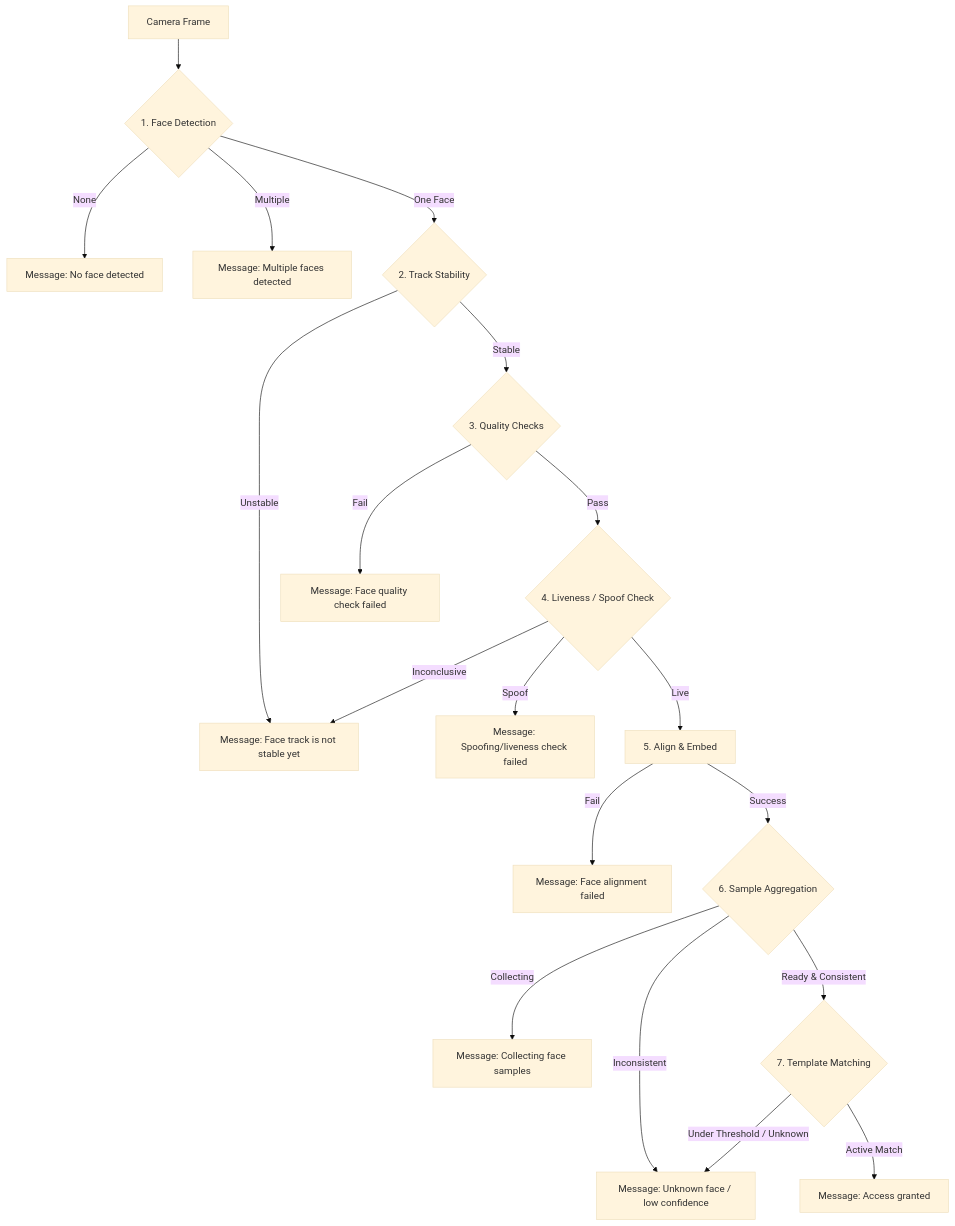
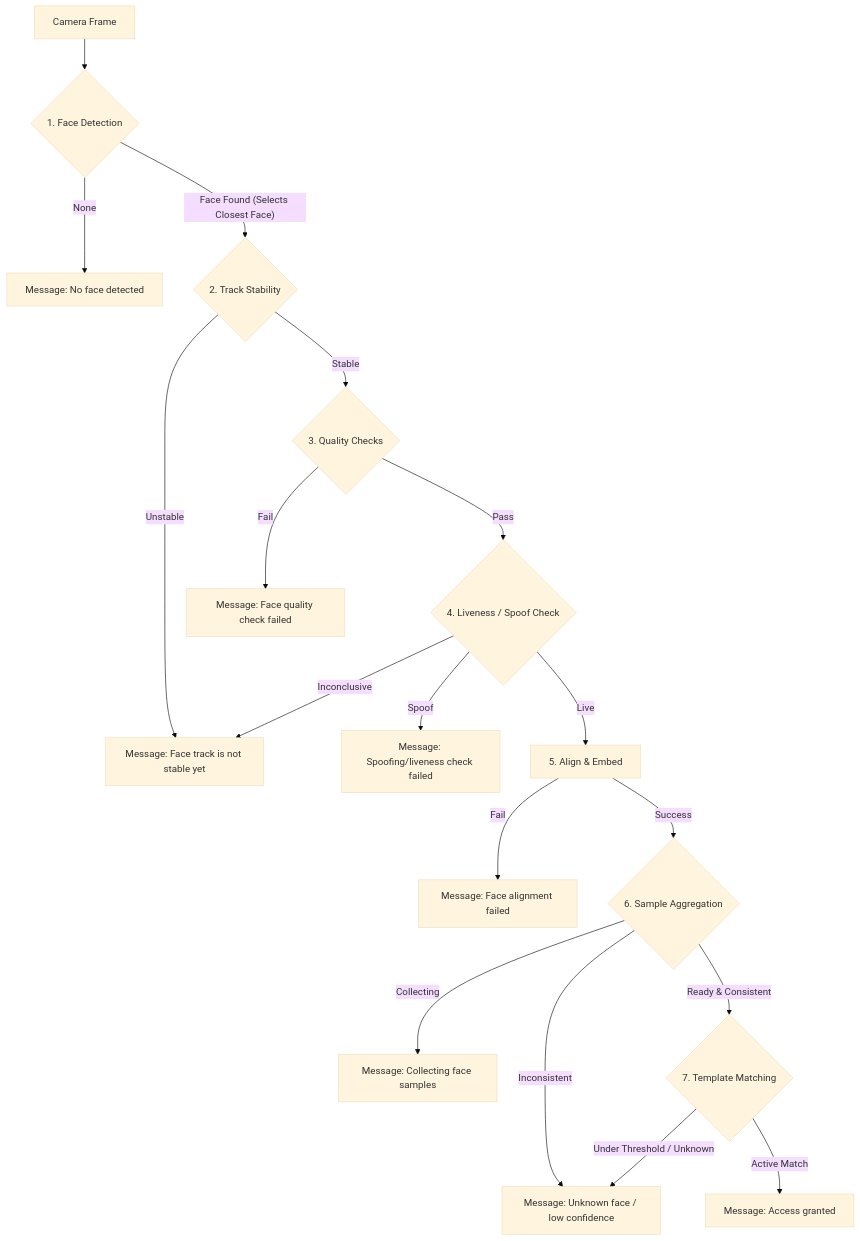
One commit to Hky0826/fyp-smart-campus changed the diagram in access_control/facial_recognition/THRESHOLD_TUNING_GUIDE.md. Above: the diagram before and after it, drawn with Mermaid (base theme). The commit also changed other lines of this file and 11 other files, not shown here.

````diff
--- a/access_control/facial_recognition/THRESHOLD_TUNING_GUIDE.md
+++ b/access_control/facial_recognition/THRESHOLD_TUNING_GUIDE.md
@@ -11,21 +11,20 @@
 ```mermaid
 graph TD
     Frame[Camera Frame] --> Detect{1. Face Detection}
     Detect -- None --> RetryNoFace[Message: No face detected]
-    Detect -- Multiple --> DenyMultiple[Message: Multiple faces detected]
-    Detect -- One Face --> Stable{2. Track Stability}
+    Detect -- Face Found (Selects Closest Face) --> Stable{2. Track Stability}
     Stable -- Unstable --> RetryUnstable[Message: Face track is not stable yet]
     Stable -- Stable --> Quality{3. Quality Checks}
     Quality -- Fail --> RetryQuality[Message: Face quality check failed]
     Quality -- Pass --> Liveness{4. Liveness / Spoof Check}
     Liveness -- Inconclusive --> RetryUnstable
     Liveness -- Spoof --> DenySpoof[Message: Spoofing/liveness check failed]
     Liveness -- Live --> Embed[5. Align & Embed]
     Embed -- Fail --> RetryAlign[Message: Face alignment failed]
     Embed -- Success --> Aggregate{6. Sample Aggregation}
     Aggregate -- Collecting --> RetrySamples[Message: Collecting face samples]
     Aggregate -- Inconsistent --> DenyNoMatch[Message: Candidate identity inconsistent]
     Aggregate -- Ready & Consistent --> Match{7. Template Matching}
     Match -- Under Threshold / Unknown --> DenyNoMatch[Message: Unknown face / low confidence]
     Match -- Active Match --> Grant[Message: Access granted]
 ```
````
